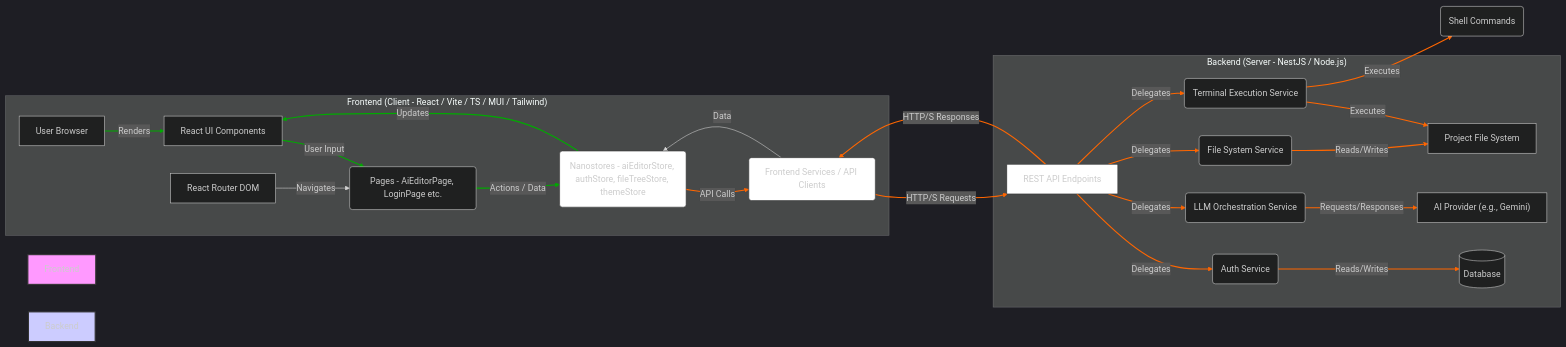
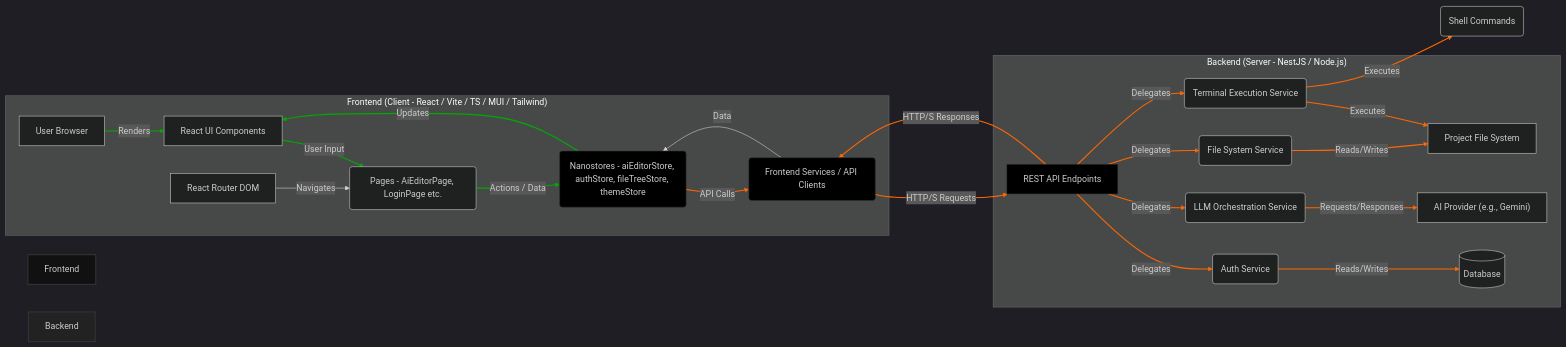
The diagram in docs/ARCHITECTURE.md (evillan0315/ai-editor-front), drawn with Mermaid before and after one commit. The commit also changed other lines of this file, not shown here.

Commit message:
docs: update mermaid diagrams for dark theme compatibility

````diff
--- a/docs/ARCHITECTURE.md
+++ b/docs/ARCHITECTURE.md
@@ -7,64 +7,64 @@
 ```mermaid
 %%{init: {'theme': 'dark'}}%%
 graph LR
     subgraph "Frontend (Client - React / Vite / TS / MUI / Tailwind)"
         Browser[User Browser]
         UI[React UI Components]
         Pages(Pages - AiEditorPage, LoginPage etc.)
         State(Nanostores - aiEditorStore, authStore, fileTreeStore, themeStore)
         Services(Frontend Services / API Clients)
         Router[React Router DOM]
     end
 
     subgraph "Backend (Server - NestJS / Node.js)"
         API[REST API Endpoints]
         Auth(Auth Service)
         LLM(LLM Orchestration Service)
         File(File System Service)
         Terminal(Terminal Execution Service)
         DB[(Database)]
         AI_Provider[AI Provider &lpar;e.g., Gemini&rpar;]
         FS[Project File System]
     end
 
     Browser -- Renders --> UI
     UI -- User Input --> Pages
     Pages -- Actions / Data --> State
     State -- Updates --> UI
     State -- API Calls --> Services
     Services -- HTTP/S Requests --> API
     API -- Delegates --> Auth
     API -- Delegates --> LLM
     API -- Delegates --> File
     API -- Delegates --> Terminal
     Auth -- Reads/Writes --> DB
     LLM -- Requests/Responses --> AI_Provider
     File -- Reads/Writes --> FS
     Terminal -- Executes --> FS
     Terminal -- Executes --> Shell(Shell Commands)
     API -- HTTP/S Responses --> Services
     Services -- Data --> State
     Router -- Navigates --> Pages
 
-    style Frontend fill:#f9f,stroke:#333,stroke-width:2px
-    style Backend fill:#ccf,stroke:#333,stroke-width:2px
-    style State fill:#fff,stroke:#333,stroke-width:1px
-    style Services fill:#fff,stroke:#333,stroke-width:1px
-    style API fill:#fff,stroke:#333,stroke-width:1px
+    style Frontend fill:#111,stroke:#333,stroke-width:2px
+    style Backend fill:#222,stroke:#333,stroke-width:2px
+    style State fill:#000,stroke:#333,stroke-width:1px
+    style Services fill:#000,stroke:#333,stroke-width:1px
+    style API fill:#000,stroke:#333,stroke-width:1px
     linkStyle 0 stroke:#0a0,stroke-width:2px;
     linkStyle 1 stroke:#0a0,stroke-width:2px;
     linkStyle 2 stroke:#0a0,stroke-width:2px;
     linkStyle 3 stroke:#0a0,stroke-width:2px;
     linkStyle 4 stroke:#f60,stroke-width:2px;
     linkStyle 5 stroke:#f60,stroke-width:2px;
     linkStyle 6 stroke:#f60,stroke-width:2px;
     linkStyle 7 stroke:#f60,stroke-width:2px;
     linkStyle 8 stroke:#f60,stroke-width:2px;
     linkStyle 9 stroke:#f60,stroke-width:2px;
     linkStyle 10 stroke:#f60,stroke-width:2px;
     linkStyle 11 stroke:#f60,stroke-width:2px;
     linkStyle 12 stroke:#f60,stroke-width:2px;
     linkStyle 13 stroke:#f60,stroke-width:2px;
     linkStyle 14 stroke:#f60,stroke-width:2px;
     linkStyle 15 stroke:#f60,stroke-width:2px;
 ```
````
